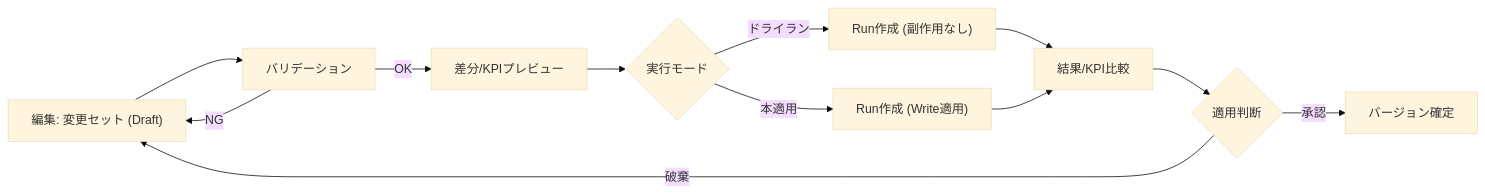
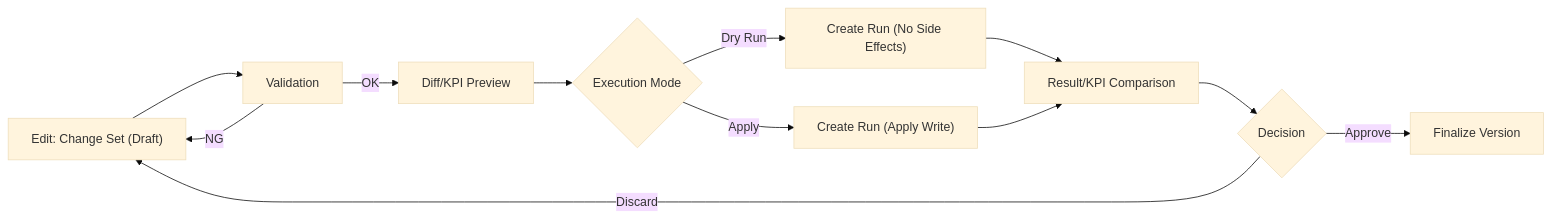
One commit to miumigy/scpln changed the first of 3 diagrams in README.md. Above: the diagram before and after it, drawn with Mermaid (base theme). The commit also changed other lines of this file, not shown here.

Commit message:
docs: README.mdのMermaid図を英訳

````diff
--- a/README.md
+++ b/README.md
@@ -54,14 +54,14 @@
 ```mermaid
 flowchart LR
-  A["編集: 変更セット (Draft)"] --> B["バリデーション"]
-  B -->|OK| C["差分/KPIプレビュー"]
+  A["Edit: Change Set (Draft)"] --> B["Validation"]
+  B -->|OK| C["Diff/KPI Preview"]
   B -->|NG| A
-  C --> D{"実行モード"}
-  D -->|ドライラン| E["Run作成 (副作用なし)"]
-  D -->|本適用| F["Run作成 (Write適用)"]
-  E --> G["結果/KPI比較"]
+  C --> D{"Execution Mode"}
+  D -->|Dry Run| E["Create Run (No Side Effects)"]
+  D -->|Apply| F["Create Run (Apply Write)"]
+  E --> G["Result/KPI Comparison"]
   F --> G
-  G --> H{"適用判断"}
-  H -->|承認| I["バージョン確定"]
-  H -->|破棄| A
+  G --> H{"Decision"}
+  H -->|Approve| I["Finalize Version"]
+  H -->|Discard| A
 ```
````
